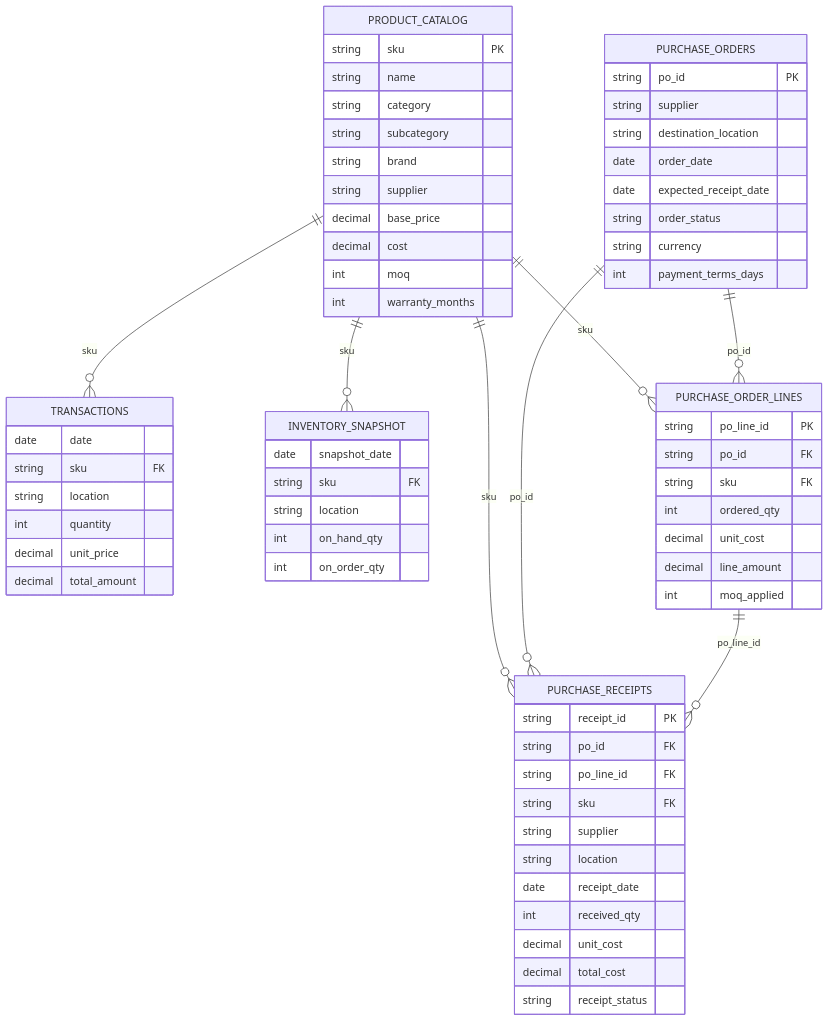
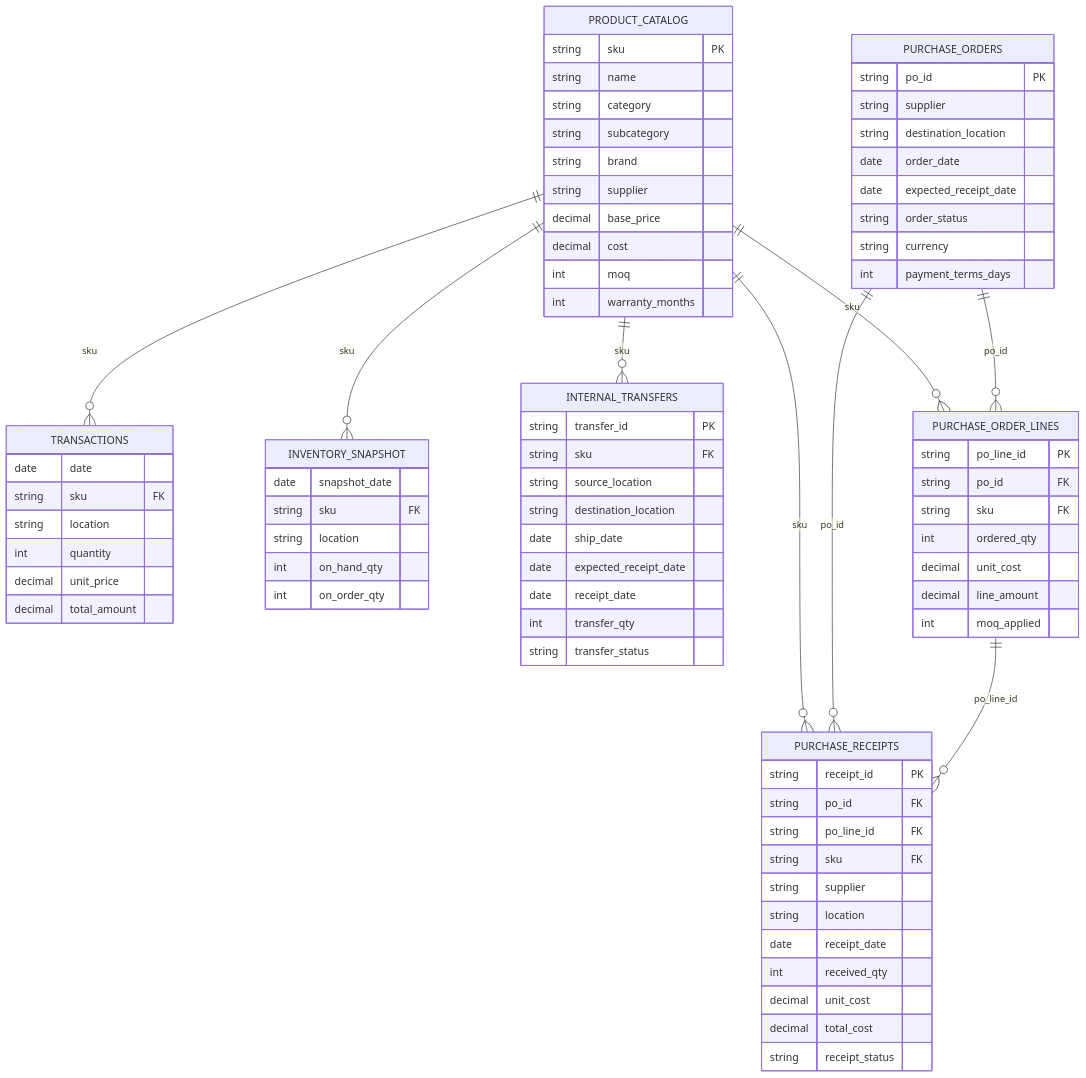
Before and after one commit to nebula-repos/SOTA-Simulated-Planning: the diagram in docs/output_er_model.md, drawn with Mermaid. The commit also changed other lines of this file and 19 other files, not shown here.

```diff
--- a/docs/output_er_model.md
+++ b/docs/output_er_model.md
@@ -59,6 +60,18 @@
         string location
         int on_hand_qty
         int on_order_qty
+    }
+
+    INTERNAL_TRANSFERS {
+        string transfer_id PK
+        string sku FK
+        string source_location
+        string destination_location
+        date ship_date
+        date expected_receipt_date
+        date receipt_date
+        int transfer_qty
+        string transfer_status
     }
 
     PURCHASE_ORDERS {
@@ -98,6 +111,7 @@
 
     PRODUCT_CATALOG ||--o{ TRANSACTIONS : "sku"
     PRODUCT_CATALOG ||--o{ INVENTORY_SNAPSHOT : "sku"
+    PRODUCT_CATALOG ||--o{ INTERNAL_TRANSFERS : "sku"
     PRODUCT_CATALOG ||--o{ PURCHASE_ORDER_LINES : "sku"
     PRODUCT_CATALOG ||--o{ PURCHASE_RECEIPTS : "sku"
     PURCHASE_ORDERS ||--o{ PURCHASE_ORDER_LINES : "po_id"
```
